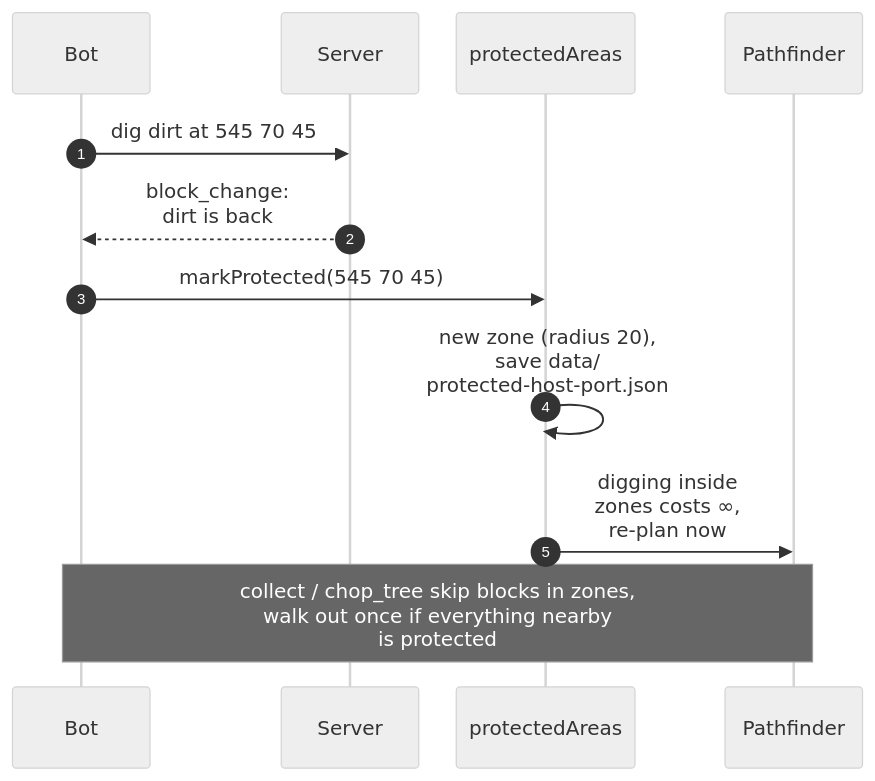
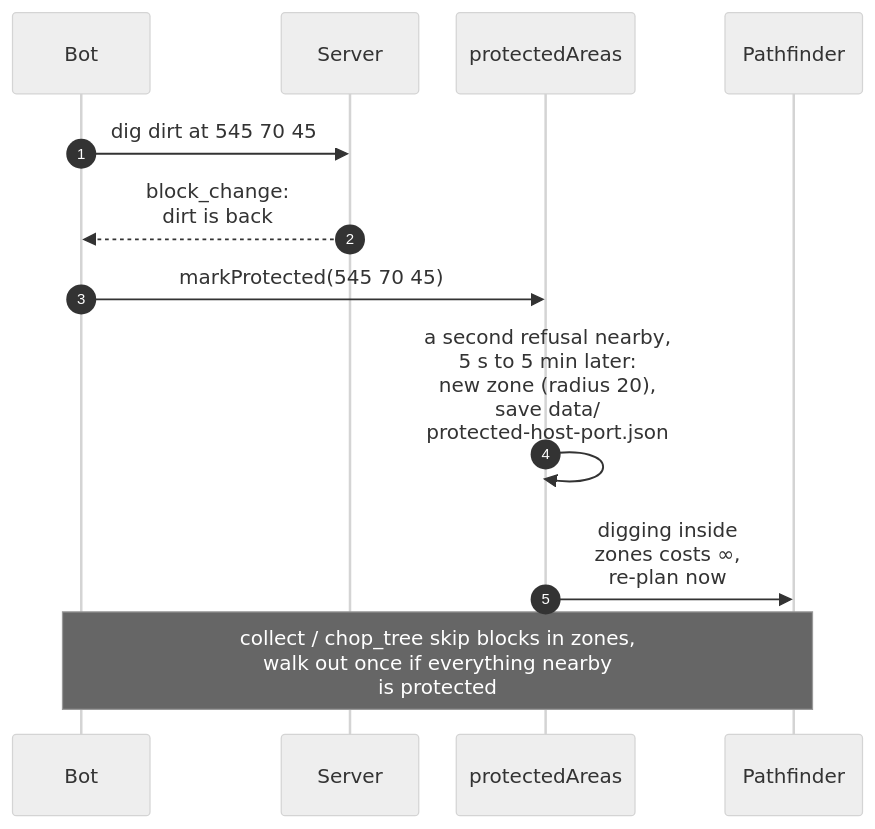
Before and after one commit to thereisnotime/golemkit: the second of 6 diagrams in docs/concepts/world.md, drawn with Mermaid (neutral theme). The commit also changed other lines of this file and 12 other files, not shown here.

````diff
--- a/docs/concepts/world.md
+++ b/docs/concepts/world.md
@@ -64,21 +64,21 @@
 ```mermaid
 ---
 config:
   sequence:
     width: 110
     actorMargin: 30
     diagramMarginX: 10
 ---
 sequenceDiagram
   autonumber
   participant B as Bot
   participant S as Server
   participant P as protectedAreas
   participant PF as Pathfinder
   B->>S: dig dirt at 545 70 45
   S-->>B: block_change:<br/>dirt is back
   B->>P: markProtected(545 70 45)
-  P->>P: new zone (radius 20),<br/>save data/<br/>protected-host-port.json
+  P->>P: a second refusal nearby,<br/>5 s to 5 min later:<br/>new zone (radius 20),<br/>save data/<br/>protected-host-port.json
   P->>PF: digging inside<br/>zones costs ∞,<br/>re-plan now
   Note over B,PF: collect / chop_tree skip blocks in zones,<br/>walk out once if everything nearby<br/>is protected
 ```
````
